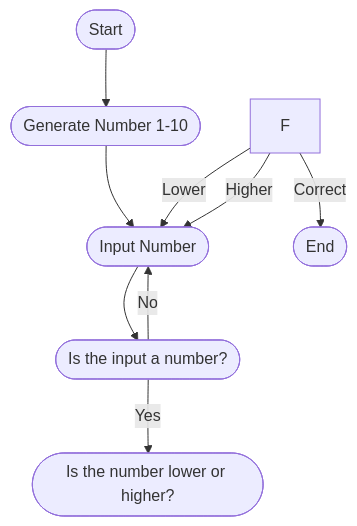
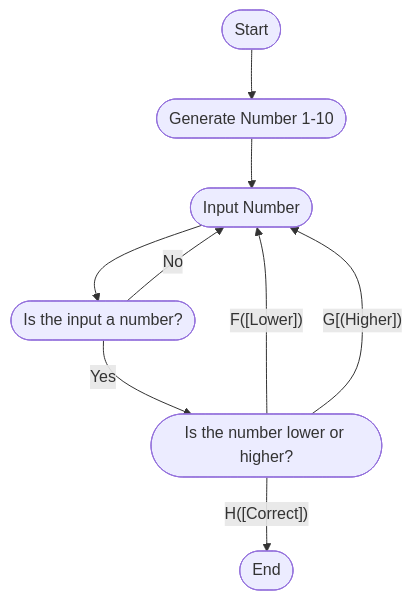
Before and after one commit to Wil134/Wil134.github.io: the diagram in Guessing.md, drawn with Mermaid.

````diff
--- a/Guessing.md
+++ b/Guessing.md
@@ -2,11 +2,11 @@
 ```mermaid
 flowchart TD;
 A([Start]) --> B([Generate Number 1-10])
 B --> C([Input Number])
 C --> D([Is the input a number?])
 D -- No --> C
 D -- Yes --> E([Is the number lower or higher?])
-F -- Lower --> C
-F -- Higher --> C
-F -- Correct --> G([End])
+E -- F([Lower]) --> C
+E -- G[(Higher]) --> C
+E -- H([Correct]) --> I([End])
 ```
````
